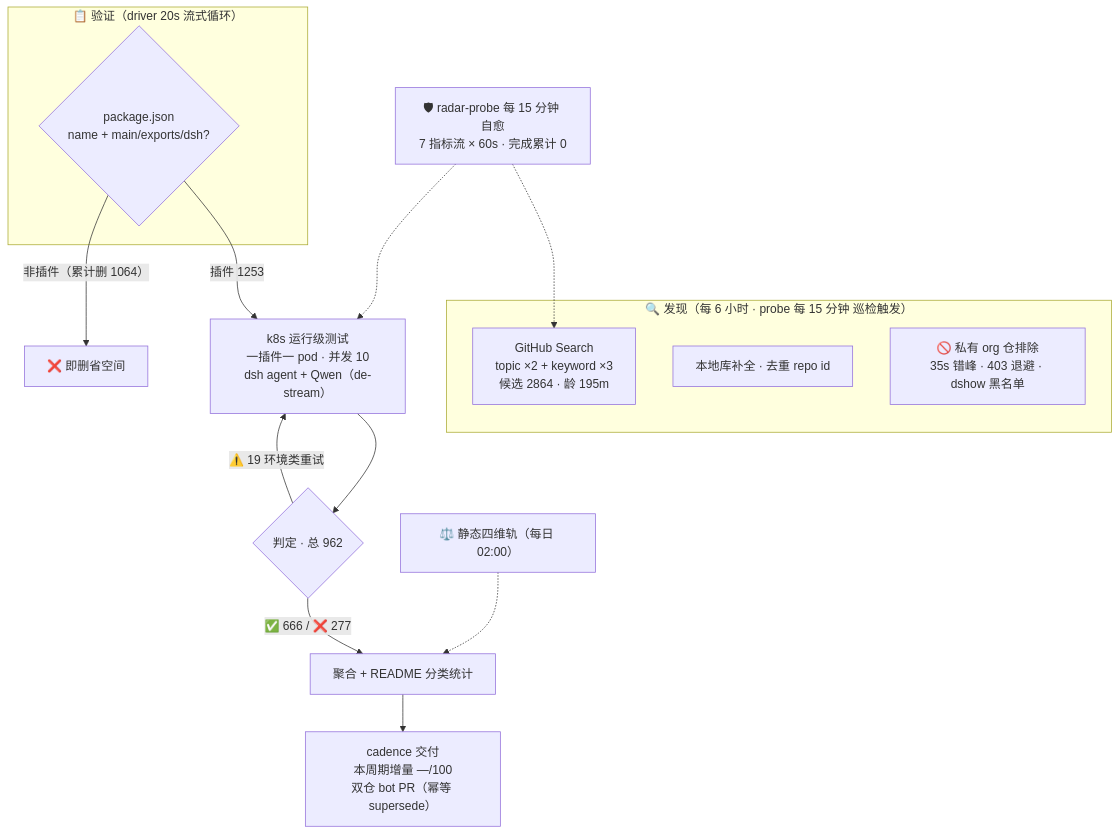
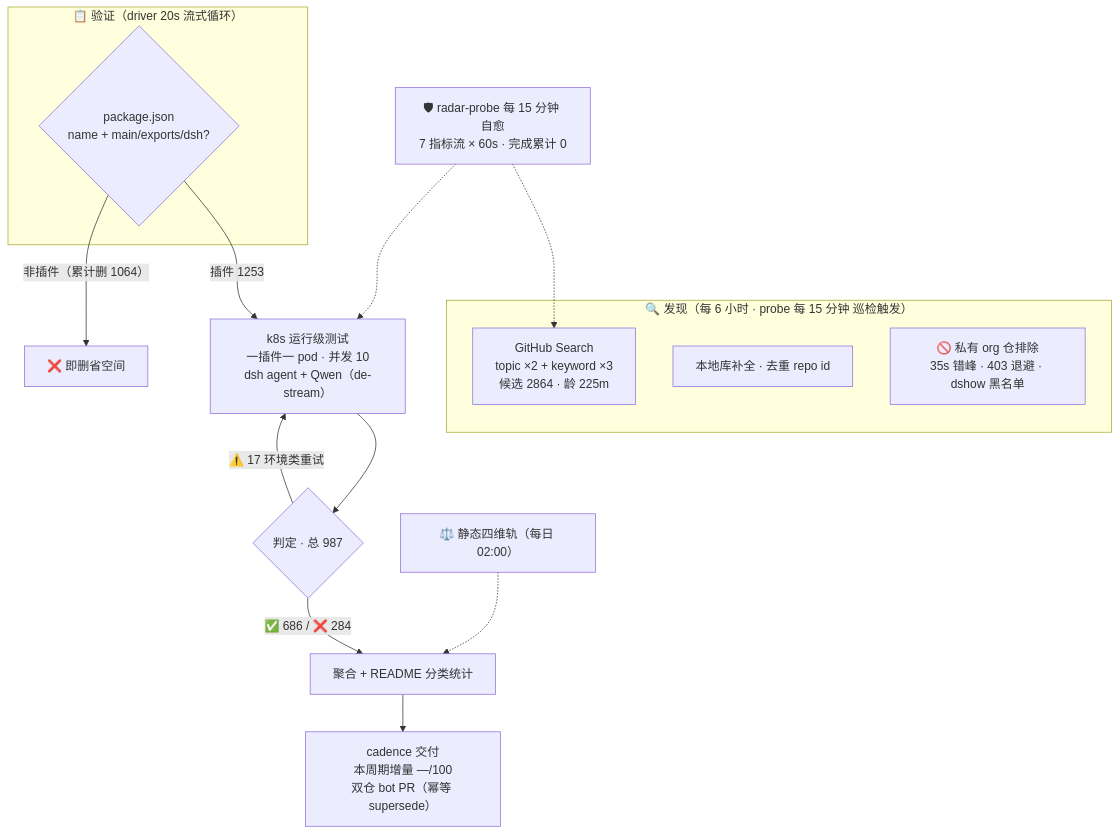
The diagram in README.md (Zhidao-Lab-OSS/awesome-dsh-plugins), drawn with Mermaid before and after one commit. The commit also changed other lines of this file and 1 other file, not shown here.

````diff
--- a/README.md
+++ b/README.md
@@ -32,20 +32,20 @@
 ```mermaid
 flowchart TB
     subgraph Discovery["🔍 发现（每 6 小时 · probe 每 15 分钟 巡检触发）"]
-        A1["GitHub Search<br/>topic ×2 + keyword ×3<br/>候选 2864 · 龄 195m"]
+        A1["GitHub Search<br/>topic ×2 + keyword ×3<br/>候选 2864 · 龄 225m"]
         A2["本地库补全 · 去重 repo id"]
         A3["🚫 私有 org 仓排除<br/>35s 错峰 · 403 退避 · dshow 黑名单"]
     end
     subgraph Validation["📋 验证（driver 20s 流式循环）"]
         B1{"package.json<br/>name + main/exports/dsh?"}
     end
     B1 -->|"插件 1253"| C1["k8s 运行级测试<br/>一插件一 pod · 并发 10<br/>dsh agent + Qwen（de-stream）"]
     B1 -->|"非插件（累计删 1064）"| B3["❌ 即删省空间"]
-    C1 --> D1{"判定 · 总 962"}
-    D1 -->|"✅ 666 / ❌ 277"| E1["聚合 + README 分类统计"]
-    D1 -->|"⚠️ 19 环境类重试"| C1
+    C1 --> D1{"判定 · 总 987"}
+    D1 -->|"✅ 686 / ❌ 284"| E1["聚合 + README 分类统计"]
+    D1 -->|"⚠️ 17 环境类重试"| C1
     E1 --> E2["cadence 交付<br/>本周期增量 —/100<br/>双仓 bot PR（幂等 supersede）"]
     S["⚖️ 静态四维轨（每日 02:00）"] -.-> E1
     M["🛡 radar-probe 每 15 分钟 自愈<br/>7 指标流 × 60s · 完成累计 0"] -.-> A1
     M -.-> C1
 ```
````
